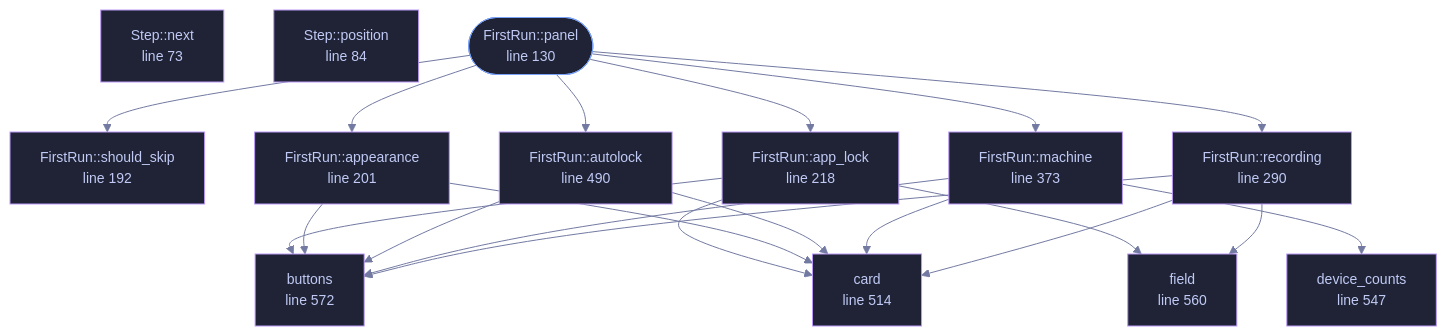
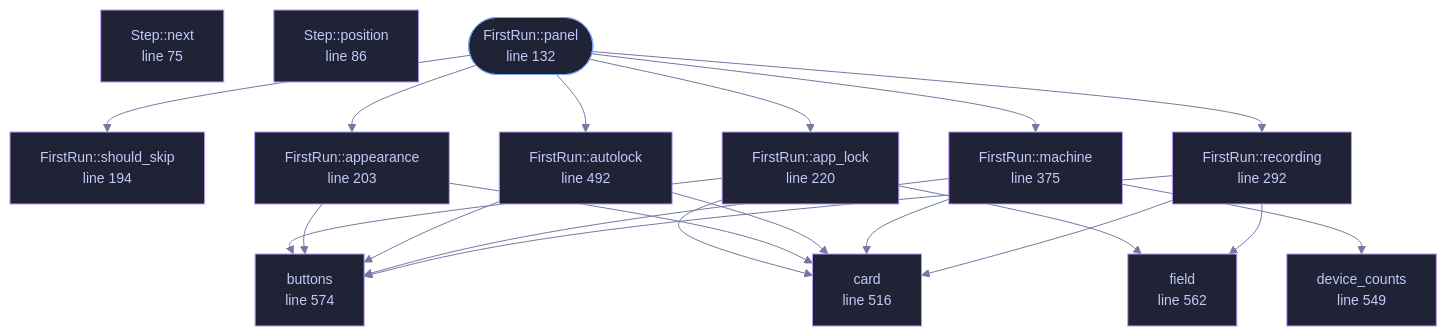
Before and after one commit to tilas01/veilvoice: the diagram in docs/files/veilvoice-gui/firstrun.md, drawn with Mermaid. The commit also changed other lines of this file and 52 other files, not shown here.

````diff
--- a/docs/files/veilvoice-gui/firstrun.md
+++ b/docs/files/veilvoice-gui/firstrun.md
@@ -99,53 +101,53 @@
 ```mermaid
 %%{init: {"theme":"base","themeVariables":{"background":"#1a1b26","primaryColor":"#1f2335","primaryTextColor":"#c0caf5","primaryBorderColor":"#7aa2f7","secondaryColor":"#16161e","tertiaryColor":"#16161e","lineColor":"#737aa2","textColor":"#c0caf5","mainBkg":"#1f2335","nodeBorder":"#7aa2f7","clusterBkg":"#16161e","clusterBorder":"#2f3549","fontFamily":"ui-monospace, SFMono-Regular, Consolas, monospace","fontSize":"14px"}}}%%
 flowchart TD
-    n_next["Step::next<br/>line 73"]
-    n_position["Step::position<br/>line 84"]
-    n_panel(["FirstRun::panel<br/>line 130"])
-    n_should_skip["FirstRun::should_skip<br/>line 192"]
-    n_appearance["FirstRun::appearance<br/>line 201"]
-    n_app_lock["FirstRun::app_lock<br/>line 218"]
-    n_recording["FirstRun::recording<br/>line 290"]
-    n_machine["FirstRun::machine<br/>line 373"]
-    n_autolock["FirstRun::autolock<br/>line 490"]
-    n_card["card<br/>line 514"]
-    n_device_counts["device_counts<br/>line 547"]
-    n_field["field<br/>line 560"]
-    n_buttons["buttons<br/>line 572"]
+    n_next["Step::next<br/>line 75"]
+    n_position["Step::position<br/>line 86"]
+    n_panel(["FirstRun::panel<br/>line 132"])
+    n_should_skip["FirstRun::should_skip<br/>line 194"]
+    n_appearance["FirstRun::appearance<br/>line 203"]
+    n_app_lock["FirstRun::app_lock<br/>line 220"]
+    n_recording["FirstRun::recording<br/>line 292"]
+    n_machine["FirstRun::machine<br/>line 375"]
+    n_autolock["FirstRun::autolock<br/>line 492"]
+    n_card["card<br/>line 516"]
+    n_device_counts["device_counts<br/>line 549"]
+    n_field["field<br/>line 562"]
+    n_buttons["buttons<br/>line 574"]
     n_app_lock --> n_buttons
     n_app_lock --> n_card
     n_app_lock --> n_field
     n_appearance --> n_buttons
     n_appearance --> n_card
     n_autolock --> n_buttons
     n_autolock --> n_card
     n_machine --> n_buttons
     n_machine --> n_card
     n_machine --> n_device_counts
     n_panel --> n_app_lock
     n_panel --> n_appearance
     n_panel --> n_autolock
     n_panel --> n_machine
     n_panel --> n_recording
     n_panel --> n_should_skip
     n_recording --> n_buttons
     n_recording --> n_card
     n_recording --> n_field
-    click n_next href "https://github.com/tilas01/veilvoice/blob/main/crates/veilvoice-gui/src/firstrun.rs#L73" "open the source"
-    click n_position href "https://github.com/tilas01/veilvoice/blob/main/crates/veilvoice-gui/src/firstrun.rs#L84" "open the source"
-    click n_panel href "https://github.com/tilas01/veilvoice/blob/main/crates/veilvoice-gui/src/firstrun.rs#L130" "open the source"
-    click n_should_skip href "https://github.com/tilas01/veilvoice/blob/main/crates/veilvoice-gui/src/firstrun.rs#L192" "open the source"
-    click n_appearance href "https://github.com/tilas01/veilvoice/blob/main/crates/veilvoice-gui/src/firstrun.rs#L201" "open the source"
-    click n_app_lock href "https://github.com/tilas01/veilvoice/blob/main/crates/veilvoice-gui/src/firstrun.rs#L218" "open the source"
-    click n_recording href "https://github.com/tilas01/veilvoice/blob/main/crates/veilvoice-gui/src/firstrun.rs#L290" "open the source"
-    click n_machine href "https://github.com/tilas01/veilvoice/blob/main/crates/veilvoice-gui/src/firstrun.rs#L373" "open the source"
-    click n_autolock href "https://github.com/tilas01/veilvoice/blob/main/crates/veilvoice-gui/src/firstrun.rs#L490" "open the source"
-    click n_card href "https://github.com/tilas01/veilvoice/blob/main/crates/veilvoice-gui/src/firstrun.rs#L514" "open the source"
-    click n_device_counts href "https://github.com/tilas01/veilvoice/blob/main/crates/veilvoice-gui/src/firstrun.rs#L547" "open the source"
-    click n_field href "https://github.com/tilas01/veilvoice/blob/main/crates/veilvoice-gui/src/firstrun.rs#L560" "open the source"
-    click n_buttons href "https://github.com/tilas01/veilvoice/blob/main/crates/veilvoice-gui/src/firstrun.rs#L572" "open the source"
+    click n_next href "https://github.com/tilas01/veilvoice/blob/main/crates/veilvoice-gui/src/firstrun.rs#L75" "open the source"
+    click n_position href "https://github.com/tilas01/veilvoice/blob/main/crates/veilvoice-gui/src/firstrun.rs#L86" "open the source"
+    click n_panel href "https://github.com/tilas01/veilvoice/blob/main/crates/veilvoice-gui/src/firstrun.rs#L132" "open the source"
+    click n_should_skip href "https://github.com/tilas01/veilvoice/blob/main/crates/veilvoice-gui/src/firstrun.rs#L194" "open the source"
+    click n_appearance href "https://github.com/tilas01/veilvoice/blob/main/crates/veilvoice-gui/src/firstrun.rs#L203" "open the source"
+    click n_app_lock href "https://github.com/tilas01/veilvoice/blob/main/crates/veilvoice-gui/src/firstrun.rs#L220" "open the source"
+    click n_recording href "https://github.com/tilas01/veilvoice/blob/main/crates/veilvoice-gui/src/firstrun.rs#L292" "open the source"
+    click n_machine href "https://github.com/tilas01/veilvoice/blob/main/crates/veilvoice-gui/src/firstrun.rs#L375" "open the source"
+    click n_autolock href "https://github.com/tilas01/veilvoice/blob/main/crates/veilvoice-gui/src/firstrun.rs#L492" "open the source"
+    click n_card href "https://github.com/tilas01/veilvoice/blob/main/crates/veilvoice-gui/src/firstrun.rs#L516" "open the source"
+    click n_device_counts href "https://github.com/tilas01/veilvoice/blob/main/crates/veilvoice-gui/src/firstrun.rs#L549" "open the source"
+    click n_field href "https://github.com/tilas01/veilvoice/blob/main/crates/veilvoice-gui/src/firstrun.rs#L562" "open the source"
+    click n_buttons href "https://github.com/tilas01/veilvoice/blob/main/crates/veilvoice-gui/src/firstrun.rs#L574" "open the source"
     classDef entry fill:#1f2335,stroke:#7aa2f7,color:#c0caf5
     class n_panel entry
     classDef helper fill:#1f2335,stroke:#bb9af7,color:#c0caf5
     class n_next,n_position,n_should_skip,n_appearance,n_app_lock,n_recording,n_machine,n_autolock,n_card,n_device_counts,n_field,n_buttons helper
 ```
````
